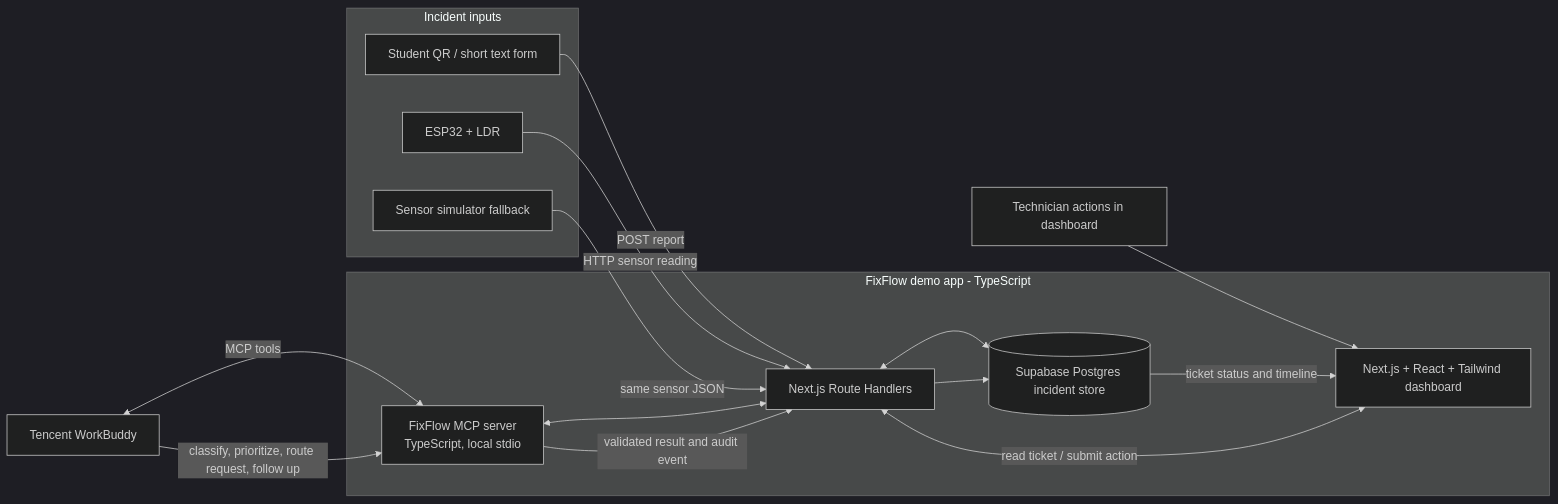
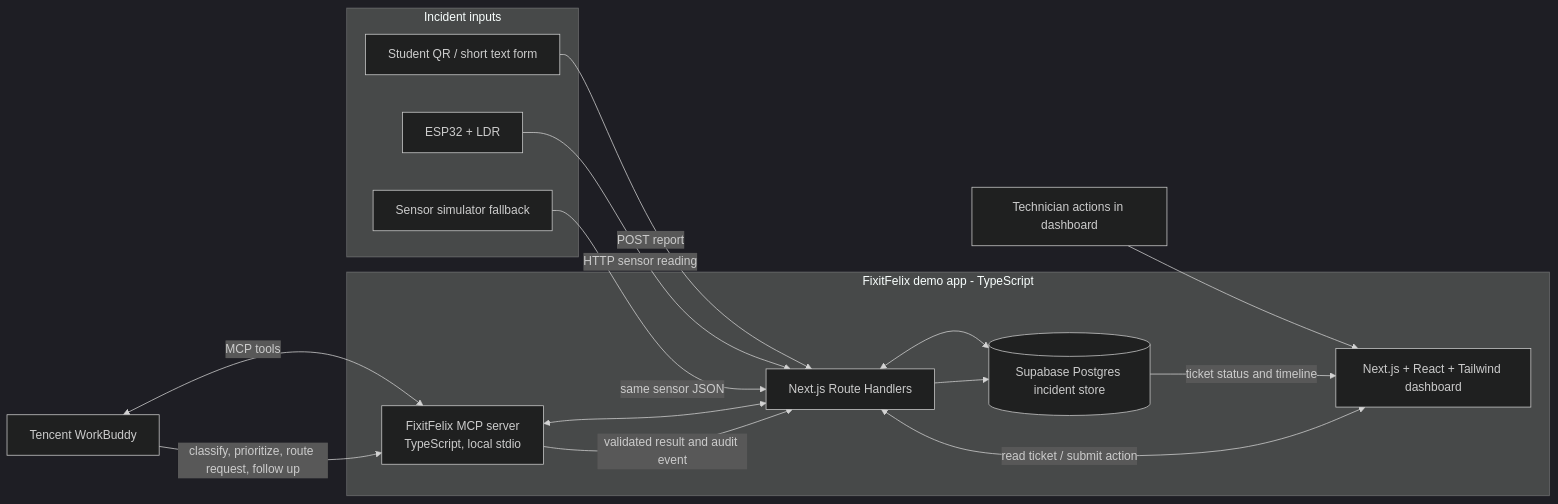
Before and after one commit to joeming1/67-scuba: the diagram in docs/THREE_ENGINEER_WORKFLOW.md, drawn with Mermaid (dark theme). The commit also changed other lines of this file and 53 other files, not shown here.

First line of the commit message:
Rename FixFlow to FixitFelix, add Supabase integration, fix LDR verification bugs, add Telegram, make Vercel-compatible

````diff
--- a/docs/THREE_ENGINEER_WORKFLOW.md
+++ b/docs/THREE_ENGINEER_WORKFLOW.md
@@ -11,31 +11,31 @@
 ```mermaid
 flowchart LR
     subgraph Inputs[Incident inputs]
         Student[Student QR / short text form]
         LDR[ESP32 + LDR]
         Sim[Sensor simulator fallback]
     end
 
-    subgraph App[FixFlow demo app - TypeScript]
+    subgraph App[FixitFelix demo app - TypeScript]
         Web[Next.js + React + Tailwind dashboard]
         API[Next.js Route Handlers]
         DB[(Supabase Postgres incident store)]
-        MCP[FixFlow MCP server<br/>TypeScript, local stdio]
+        MCP[FixitFelix MCP server<br/>TypeScript, local stdio]
     end
 
     WB[Tencent WorkBuddy]
     Tech[Technician actions in dashboard]
 
     Student -->|POST report| API
     LDR -->|HTTP sensor reading| API
     Sim -->|same sensor JSON| API
     Web <-->|read ticket / submit action| API
     API <--> DB
     WB <-->|MCP tools| MCP
     MCP <--> API
     Tech --> Web
     WB -->|classify, prioritize, route request, follow up| MCP
     MCP -->|validated result and audit event| API
     API --> DB
     DB -->|ticket status and timeline| Web
 ```
````
